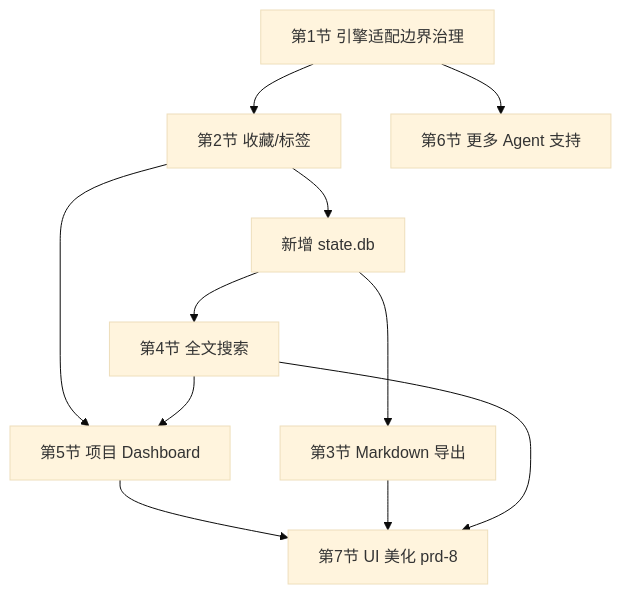
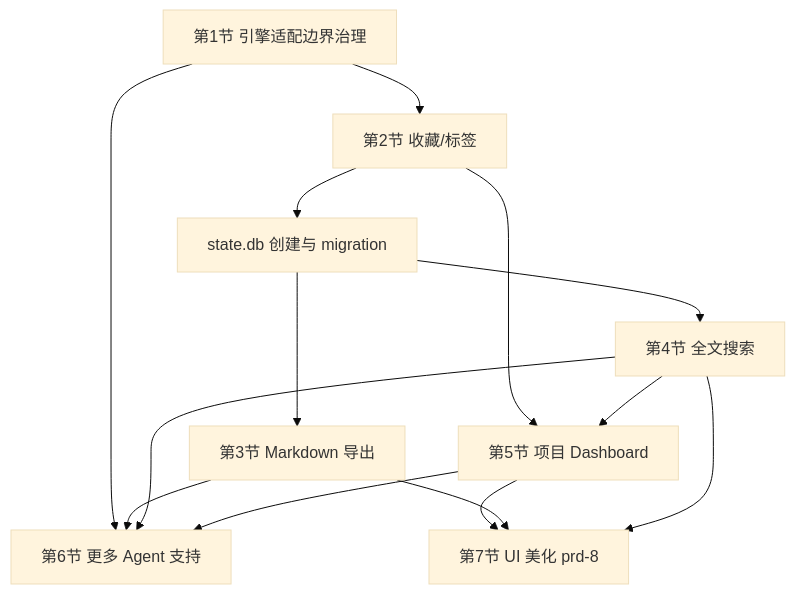
The diagram in docs/prd-7.md (TVTRayray/Session-manager), drawn with Mermaid (base theme) before and after one commit. The commit also changed other lines of this file and 8 other files, not shown here.

````diff
--- a/docs/prd-7.md
+++ b/docs/prd-7.md
@@ -309,13 +406,16 @@
 ```mermaid
 flowchart TD
     P0[第1节 引擎适配边界治理] --> P1[第2节 收藏/标签]
-    P1 --> DB[新增 state.db]
+    P1 --> DB[state.db 创建与 migration]
     DB --> P2[第3节 Markdown 导出]
     DB --> P3[第4节 全文搜索]
     P1 --> P4[第5节 项目 Dashboard]
     P3 --> P4
     P0 --> P5[第6节 更多 Agent 支持]
+    P2 --> P5
+    P3 --> P5
+    P4 --> P5
     P4 --> P6[第7节 UI 美化 prd-8]
     P2 --> P6
     P3 --> P6
 ```
````
